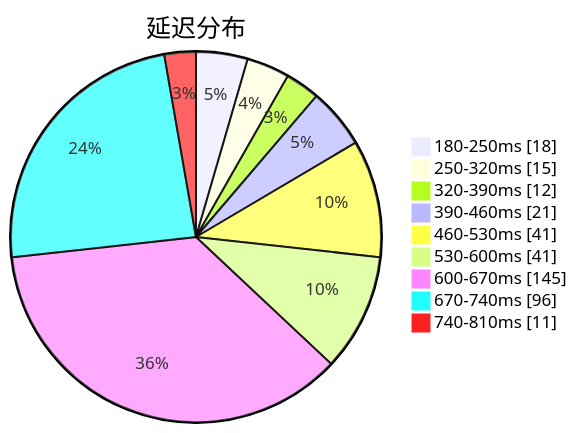
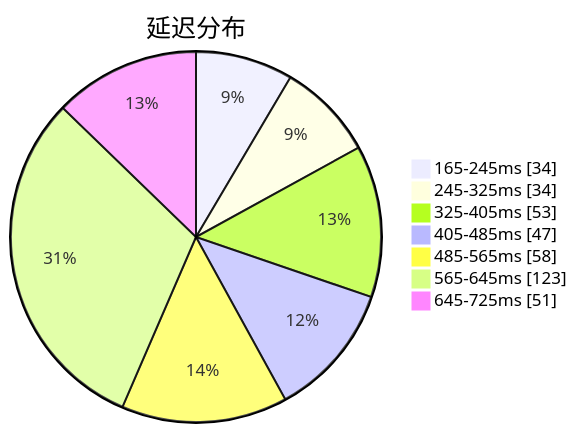
One commit to qjlxg/airport changed the first of 3 diagrams in subs/statistics/tested_within.md. Above: the diagram before and after it, drawn with Mermaid. The commit also changed other lines of this file and 2 other files, not shown here.

````diff
--- a/subs/statistics/tested_within.md
+++ b/subs/statistics/tested_within.md
@@ -2,13 +2,11 @@
 ```mermaid
 pie showData
 title 延迟分布
-"180-250ms" : 18
-"250-320ms" : 15
-"320-390ms" : 12
-"390-460ms" : 21
-"460-530ms" : 41
-"530-600ms" : 41
-"600-670ms" : 145
-"670-740ms" : 96
-"740-810ms" : 11
+"165-245ms" : 34
+"245-325ms" : 34
+"325-405ms" : 53
+"405-485ms" : 47
+"485-565ms" : 58
+"565-645ms" : 123
+"645-725ms" : 51
 ```
````
